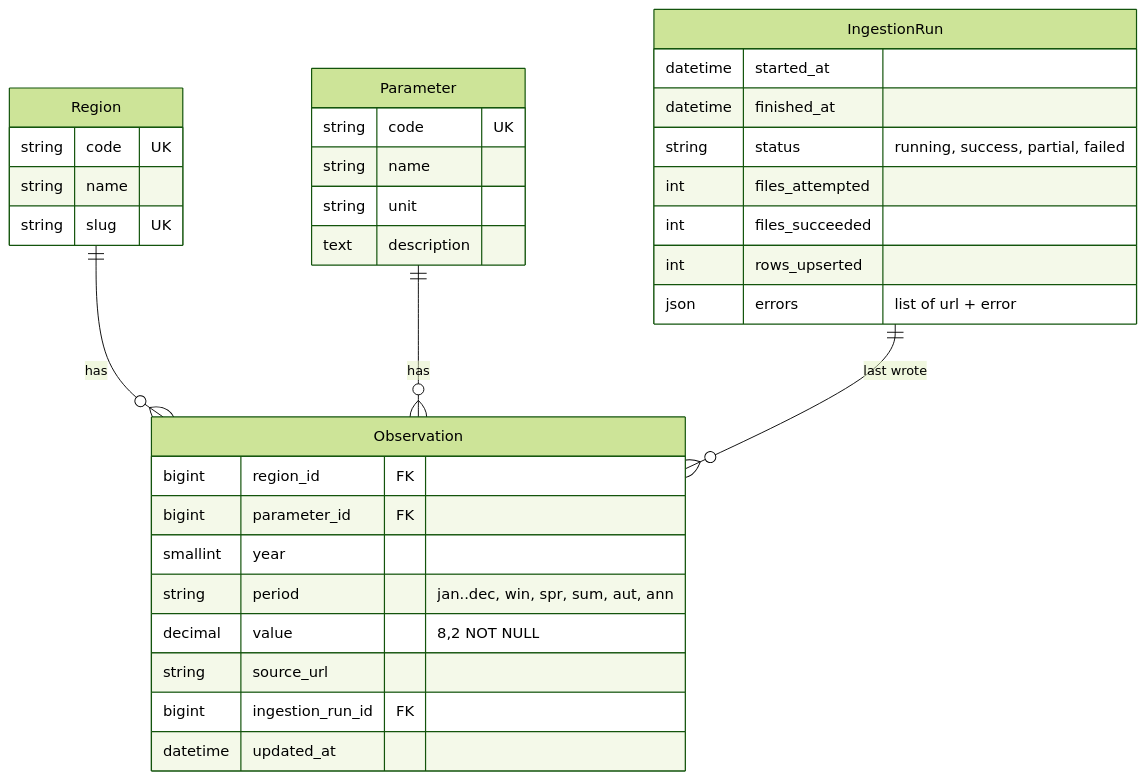
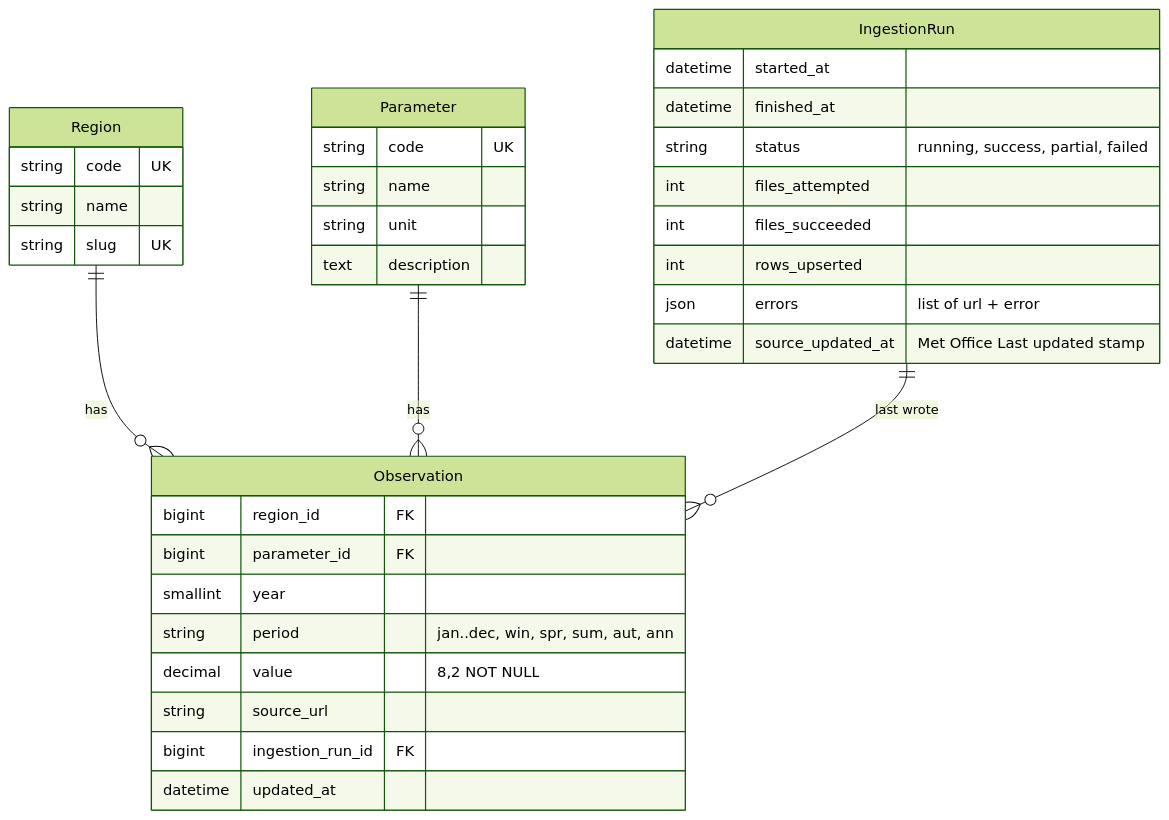
The fifth of 6 diagrams in docs/ARCHITECTURE.md (kumarswamyg2005/uk-climate-insights), drawn with Mermaid (forest theme) before and after one commit. The commit also changed other lines of this file, not shown here.

Commit message:
docs: architecture deployment view, extremes endpoint, model choice

````diff
--- a/docs/ARCHITECTURE.md
+++ b/docs/ARCHITECTURE.md
@@ -168,36 +168,37 @@
 ```mermaid
 erDiagram
     Region ||--o{ Observation : has
     Parameter ||--o{ Observation : has
     IngestionRun ||--o{ Observation : "last wrote"
     Region {
         string code UK
         string name
         string slug UK
     }
     Parameter {
         string code UK
         string name
         string unit
         text description
     }
     IngestionRun {
         datetime started_at
         datetime finished_at
         string status "running, success, partial, failed"
         int files_attempted
         int files_succeeded
         int rows_upserted
         json errors "list of url + error"
+        datetime source_updated_at "Met Office Last updated stamp"
     }
     Observation {
         bigint region_id FK
         bigint parameter_id FK
         smallint year
         string period "jan..dec, win, spr, sum, aut, ann"
         decimal value "8,2 NOT NULL"
         string source_url
         bigint ingestion_run_id FK
         datetime updated_at
     }
 ```
````
